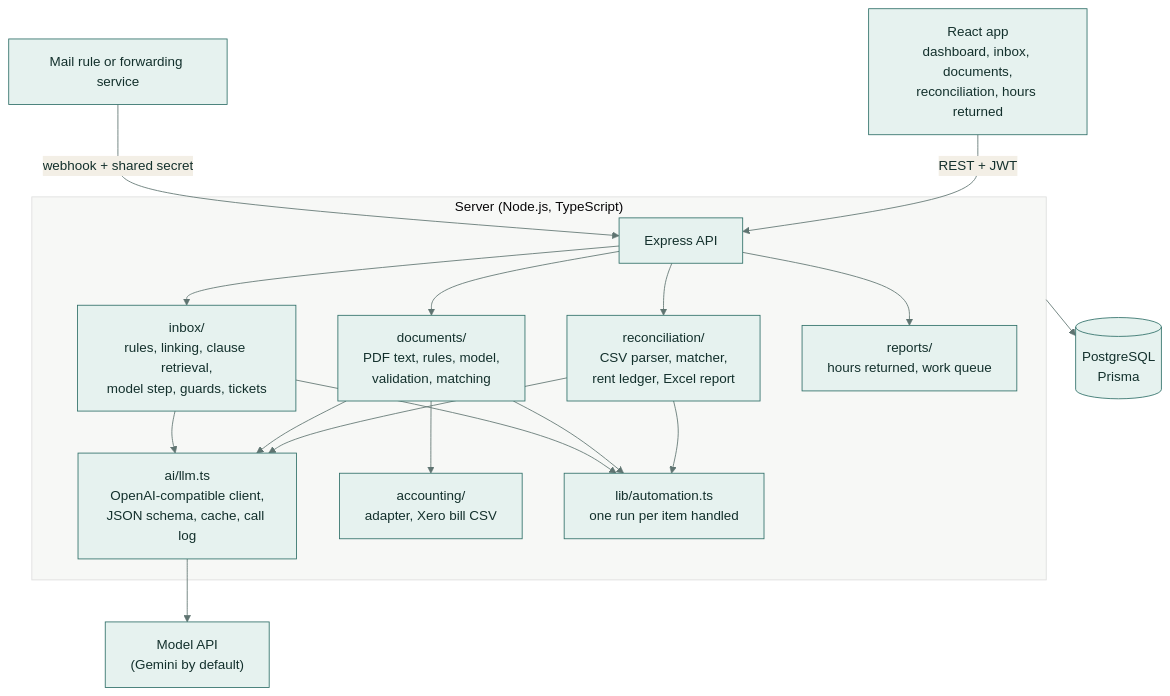
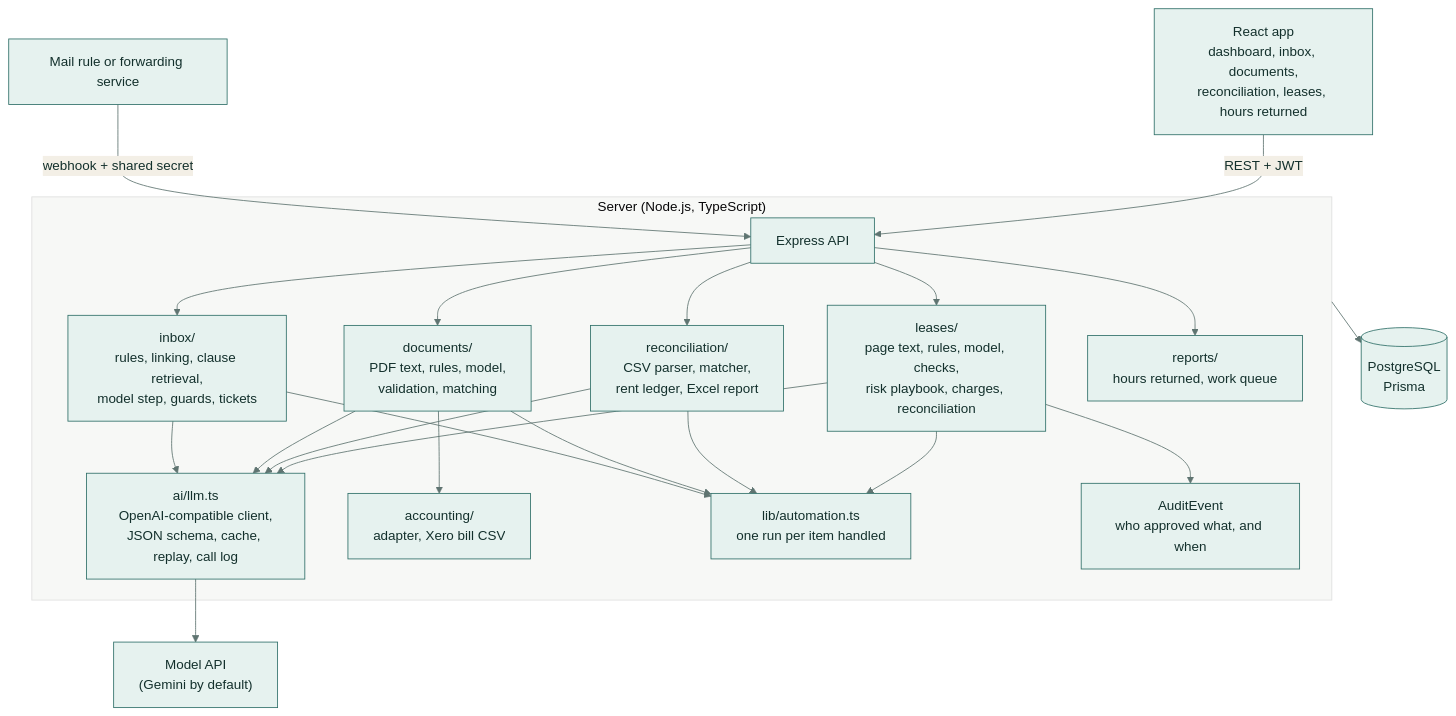
One commit to samiulhuda360/property-ops-ai changed the first of 5 diagrams in README.md. Above: the diagram before and after it, drawn with Mermaid. The commit also changed other lines of this file and 130 other files, not shown here.

````diff
--- a/README.md
+++ b/README.md
@@ -115,21 +151,25 @@
 ```mermaid
 %%{init: {"theme": "base", "themeVariables": {"primaryColor": "#e6f2ef", "primaryBorderColor": "#2f6f68", "primaryTextColor": "#13302c", "lineColor": "#5f7471", "secondaryColor": "#f3efe6", "tertiaryColor": "#f7f8f6"}}}%%
 flowchart TD
     MAIL["Mail rule or forwarding service"] -->|"webhook + shared secret"| API
-    BROWSER["React app<br/>dashboard, inbox, documents,<br/>reconciliation, hours returned"] -->|"REST + JWT"| API["Express API"]
+    BROWSER["React app<br/>dashboard, inbox, documents,<br/>reconciliation, leases, hours returned"] -->|"REST + JWT"| API["Express API"]
     subgraph SERVER["Server (Node.js, TypeScript)"]
         API --> INBOX["inbox/<br/>rules, linking, clause retrieval,<br/>model step, guards, tickets"]
         API --> DOCS["documents/<br/>PDF text, rules, model,<br/>validation, matching"]
         API --> RECON["reconciliation/<br/>CSV parser, matcher,<br/>rent ledger, Excel report"]
+        API --> LEASES["leases/<br/>page text, rules, model, checks,<br/>risk playbook, charges, reconciliation"]
         API --> REPORTS["reports/<br/>hours returned, work queue"]
-        INBOX --> LLM["ai/llm.ts<br/>OpenAI-compatible client,<br/>JSON schema, cache, call log"]
+        INBOX --> LLM["ai/llm.ts<br/>OpenAI-compatible client,<br/>JSON schema, cache, replay, call log"]
         DOCS --> LLM
         RECON --> LLM
+        LEASES --> LLM
         DOCS --> ACC["accounting/<br/>adapter, Xero bill CSV"]
         INBOX --> RUNS["lib/automation.ts<br/>one run per item handled"]
         DOCS --> RUNS
         RECON --> RUNS
+        LEASES --> RUNS
+        LEASES --> AUDIT["AuditEvent<br/>who approved what, and when"]
     end
     LLM --> MODEL["Model API<br/>(Gemini by default)"]
     SERVER --> DB[("PostgreSQL<br/>Prisma")]
 ```
````
